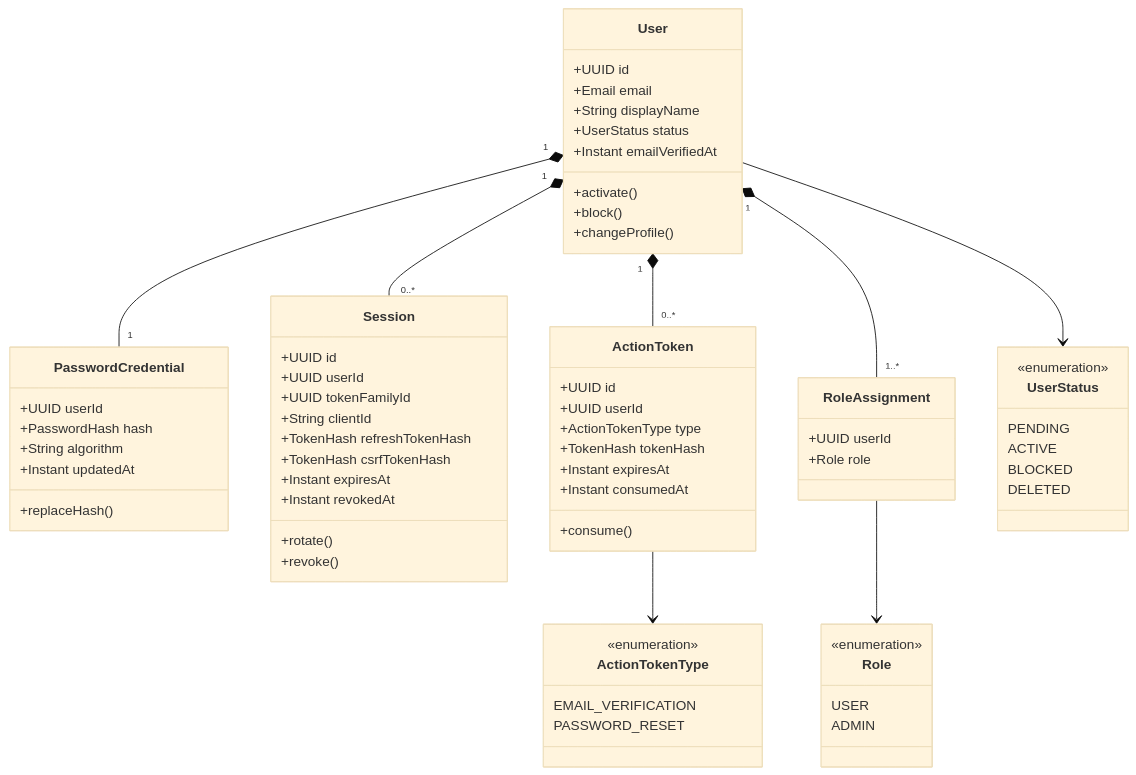
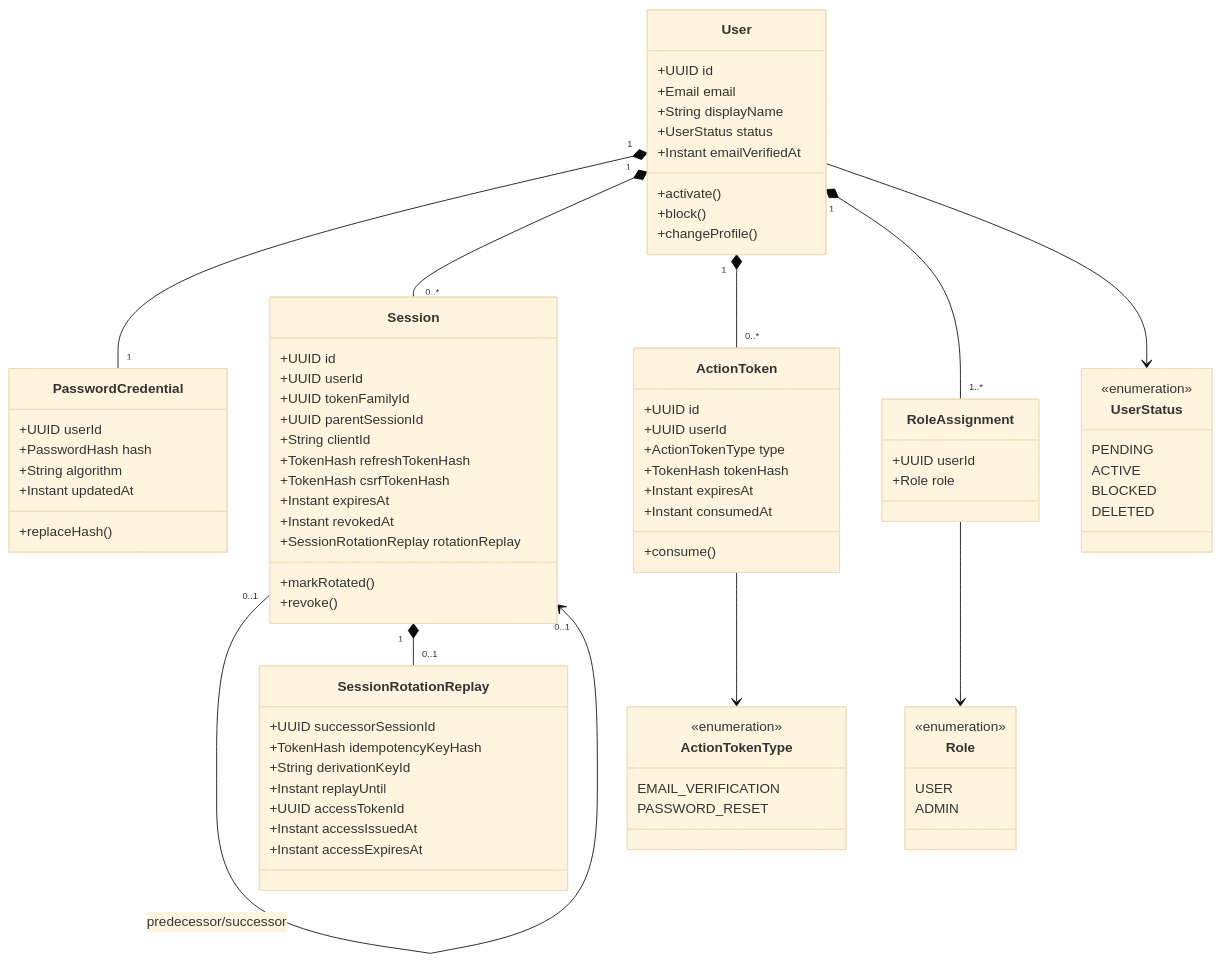
The fourth of 14 diagrams in docs/modelagem.md (Drufontael/mykytadu-api), drawn with Mermaid (base theme) before and after one commit. The commit also changed other lines of this file and 15 other files, not shown here.

```diff
--- a/docs/modelagem.md
+++ b/docs/modelagem.md
@@ -171,13 +171,24 @@
         +UUID id
         +UUID userId
         +UUID tokenFamilyId
+        +UUID parentSessionId
         +String clientId
         +TokenHash refreshTokenHash
         +TokenHash csrfTokenHash
         +Instant expiresAt
         +Instant revokedAt
-        +rotate()
+        +SessionRotationReplay rotationReplay
+        +markRotated()
         +revoke()
+    }
+    class SessionRotationReplay {
+        +UUID successorSessionId
+        +TokenHash idempotencyKeyHash
+        +String derivationKeyId
+        +Instant replayUntil
+        +UUID accessTokenId
+        +Instant accessIssuedAt
+        +Instant accessExpiresAt
     }
     class ActionToken {
         +UUID id
@@ -212,6 +223,8 @@
 
     User "1" *-- "1" PasswordCredential
     User "1" *-- "0..*" Session
+    Session "0..1" --> "0..1" Session : predecessor/successor
+    Session "1" *-- "0..1" SessionRotationReplay
     User "1" *-- "0..*" ActionToken
     User "1" *-- "1..*" RoleAssignment
     User --> UserStatus
```
